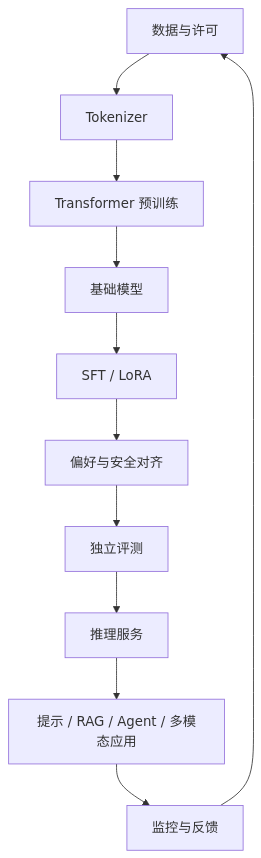
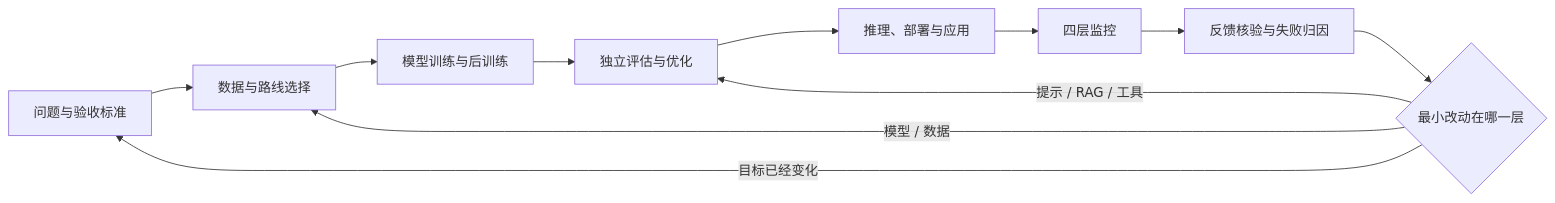
One commit to chengzhang0528/LLMTrain changed the second of 2 diagrams in 01-14天理论课/D14-多模态、应用全景与总复习.md. Above: the diagram before and after it, drawn with Mermaid. The commit also changed other lines of this file and 123 other files, not shown here.

````diff
--- a/01-14天理论课/D14-多模态、应用全景与总复习.md
+++ b/01-14天理论课/D14-多模态、应用全景与总复习.md
@@ -41,13 +99,13 @@
 ```mermaid
-flowchart TD
-    A[数据与许可] --> B[Tokenizer]
-    B --> C[Transformer 预训练]
-    C --> D[基础模型]
-    D --> E[SFT / LoRA]
-    E --> F[偏好与安全对齐]
-    F --> G[独立评测]
-    G --> H[推理服务]
-    H --> I[提示 / RAG / Agent / 多模态应用]
-    I --> J[监控与反馈]
-    J --> A
+flowchart LR
+    A[问题与验收标准] --> B[数据与路线选择]
+    B --> C[模型训练与后训练]
+    C --> D[独立评估与优化]
+    D --> E[推理、部署与应用]
+    E --> F[四层监控]
+    F --> G[反馈核验与失败归因]
+    G --> H{最小改动在哪一层}
+    H -->|提示 / RAG / 工具| D
+    H -->|模型 / 数据| B
+    H -->|目标已经变化| A
 ```
````
